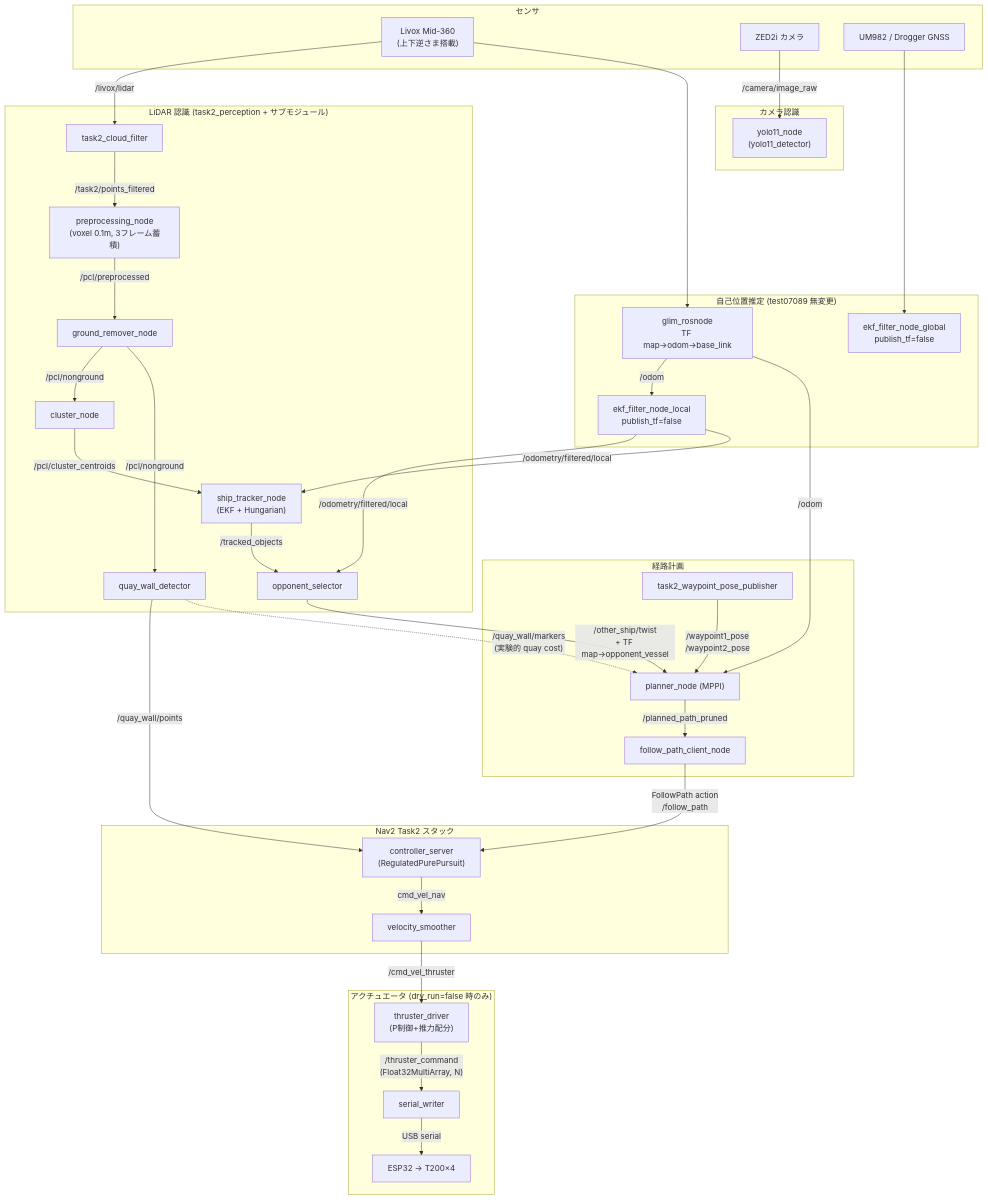
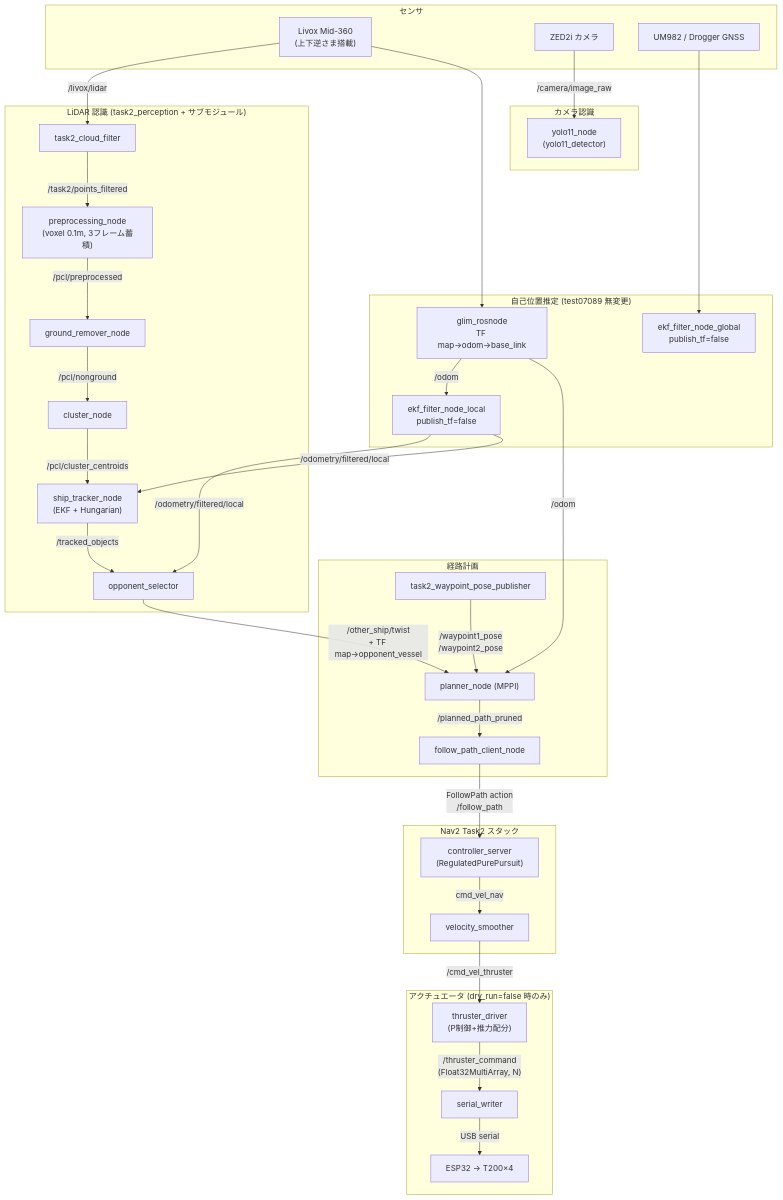
The first of 3 diagrams in Docs/task2_experiment_architecture.md (oswystk15662/njord2026_ws), drawn with Mermaid before and after one commit. The commit also changed other lines of this file and 21 other files, not shown here.

````diff
--- a/Docs/task2_experiment_architecture.md
+++ b/Docs/task2_experiment_architecture.md
@@ -37,73 +38,69 @@
 ```mermaid
 flowchart TB
     subgraph sensors[センサ]
         LIVOX["Livox Mid-360<br/>(上下逆さま搭載)"]
         ZED[ZED2i カメラ]
         GNSS[UM982 / Drogger GNSS]
     end
 
     subgraph loc["自己位置推定 (test07089 無変更)"]
         GLIM["glim_rosnode<br/>TF map→odom→base_link"]
         EKFL["ekf_filter_node_local<br/>publish_tf=false"]
         EKFG["ekf_filter_node_global<br/>publish_tf=false"]
     end
 
     subgraph camera[カメラ認識]
         YOLO["yolo11_node<br/>(yolo11_detector)"]
     end
 
     subgraph lidar_pipe["LiDAR 認識 (task2_perception + サブモジュール)"]
         CF[task2_cloud_filter]
         PRE["preprocessing_node<br/>(voxel 0.1m, 3フレーム蓄積)"]
         GR[ground_remover_node]
         CL[cluster_node]
         ST["ship_tracker_node<br/>(EKF + Hungarian)"]
         OS[opponent_selector]
-        QW[quay_wall_detector]
     end
 
     subgraph plan[経路計画]
         WPP[task2_waypoint_pose_publisher]
         MPPI["planner_node (MPPI)"]
         FPC[follow_path_client_node]
     end
 
     subgraph nav2[Nav2 Task2 スタック]
         CTRL["controller_server<br/>(RegulatedPurePursuit)"]
         VS[velocity_smoother]
     end
 
     subgraph act["アクチュエータ (dry_run=false 時のみ)"]
         TD["thruster_driver<br/>(P制御+推力配分)"]
         SW[serial_writer]
         ESP["ESP32 → T200×4"]
     end
 
     LIVOX -->|/livox/lidar| CF
     LIVOX --> GLIM
     ZED -->|/camera/image_raw| YOLO
     GNSS --> EKFG
     GLIM -->|/odom| EKFL
     GLIM -->|/odom| MPPI
 
     CF -->|/task2/points_filtered| PRE
     PRE -->|/pcl/preprocessed| GR
     GR -->|/pcl/nonground| CL
-    GR -->|/pcl/nonground| QW
     CL -->|/pcl/cluster_centroids| ST
     ST -->|/tracked_objects| OS
     EKFL -->|/odometry/filtered/local| OS
     EKFL -->|/odometry/filtered/local| ST
 
     OS -->|"/other_ship/twist<br/>+ TF map→opponent_vessel"| MPPI
-    QW -->|/quay_wall/points| CTRL
-    QW -.->|"/quay_wall/markers<br/>(実験的 quay cost)"| MPPI
     WPP -->|"/waypoint1_pose<br/>/waypoint2_pose"| MPPI
 
     MPPI -->|/planned_path_pruned| FPC
     FPC -->|"FollowPath action<br/>/follow_path"| CTRL
     CTRL -->|cmd_vel_nav| VS
     VS -->|/cmd_vel_thruster| TD
     TD -->|"/thruster_command<br/>(Float32MultiArray, N)"| SW
     SW -->|USB serial| ESP
 ```
````
